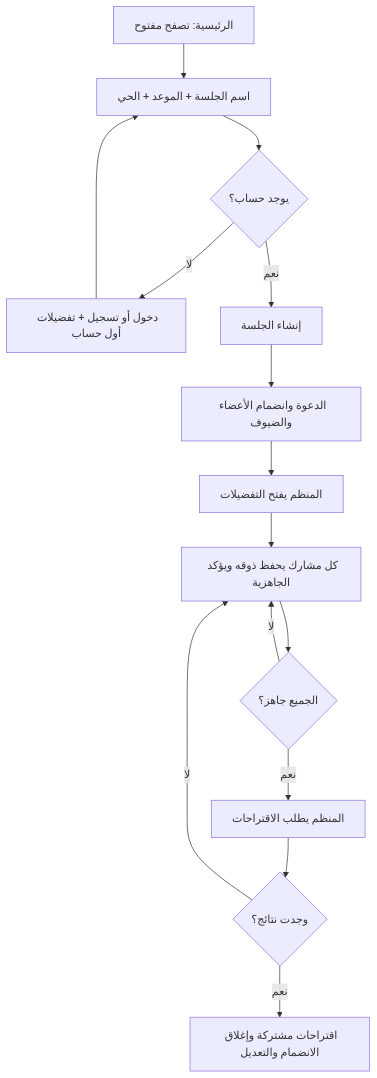
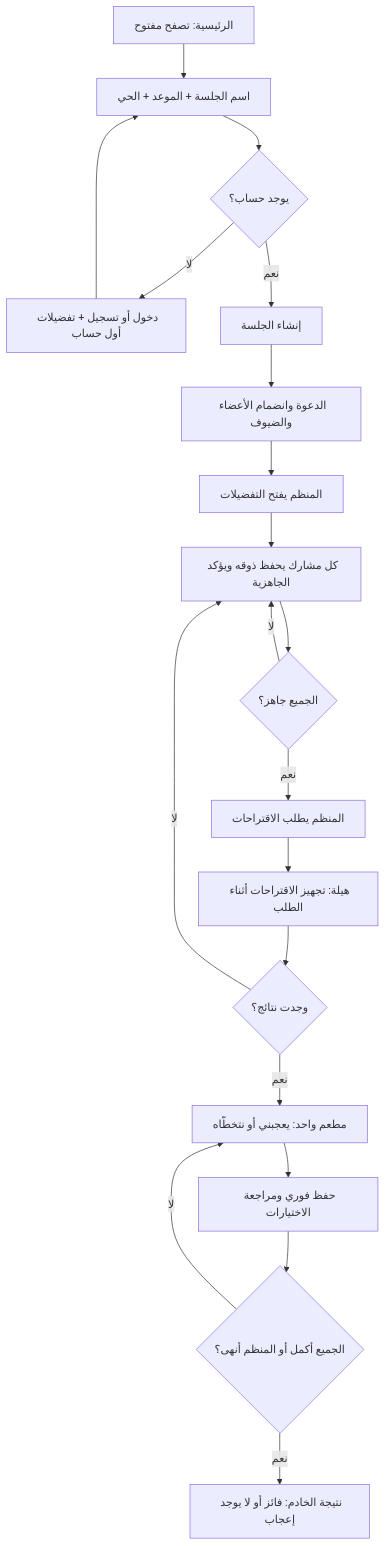
The diagram in Docs/Session-Flow.ar.md (shathaaa1110-arch/Portfolio-Project), drawn with Mermaid before and after one commit. The commit also changed other lines of this file and 49 other files, not shown here.

````diff
--- a/Docs/Session-Flow.ar.md
+++ b/Docs/Session-Flow.ar.md
@@ -16,17 +19,22 @@
 ```mermaid
 flowchart TD
   A[الرئيسية: تصفح مفتوح] --> B[اسم الجلسة + الموعد + الحي]
   B --> C{يوجد حساب؟}
   C -- لا --> D[دخول أو تسجيل + تفضيلات أول حساب]
   D --> B
   C -- نعم --> E[إنشاء الجلسة]
   E --> F[الدعوة وانضمام الأعضاء والضيوف]
   F --> G[المنظم يفتح التفضيلات]
   G --> H[كل مشارك يحفظ ذوقه ويؤكد الجاهزية]
   H --> I{الجميع جاهز؟}
   I -- لا --> H
   I -- نعم --> J[المنظم يطلب الاقتراحات]
-  J --> K{وجدت نتائج؟}
+  J --> W[هيلة: تجهيز الاقتراحات أثناء الطلب]
+  W --> K{وجدت نتائج؟}
   K -- لا --> H
-  K -- نعم --> L[اقتراحات مشتركة وإغلاق الانضمام والتعديل]
+  K -- نعم --> L[مطعم واحد: يعجبني أو نتخطّاه]
+  L --> M[حفظ فوري ومراجعة الاختيارات]
+  M --> N{الجميع أكمل أو المنظم أنهى؟}
+  N -- لا --> L
+  N -- نعم --> O[نتيجة الخادم: فائز أو لا يوجد إعجاب]
 ```
````
